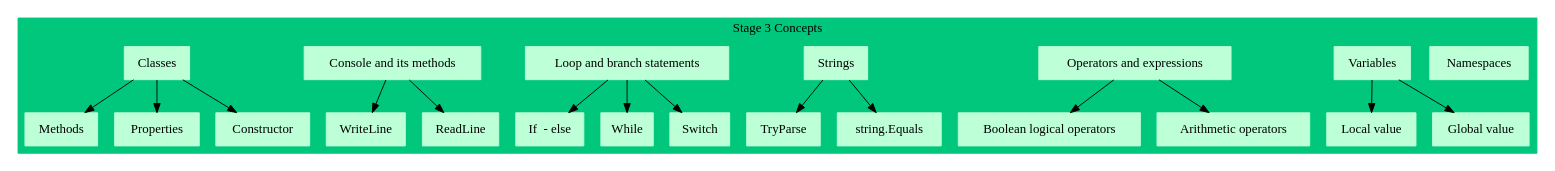
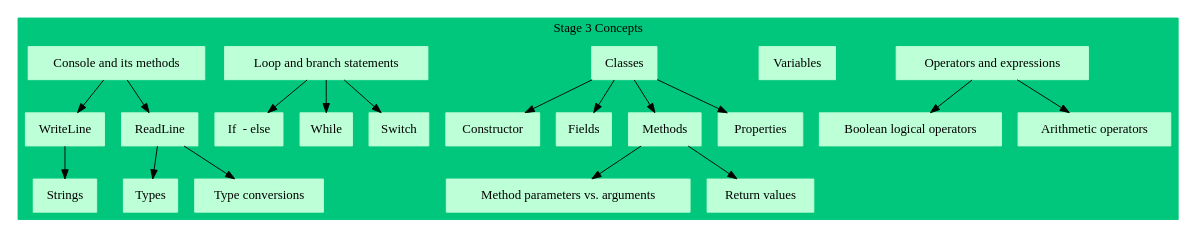
Before and after one commit to WildGums/TrainingProgram: the diagram in modules/CoffeeMachine/Stage 3/ConceptsMapStage3.dot, drawn with Graphviz. The commit also changed 8 other files, not shown here.

```diff
--- a/modules/CoffeeMachine/Stage 3/ConceptsMapStage3.dot
+++ b/modules/CoffeeMachine/Stage 3/ConceptsMapStage3.dot
@@ -1,40 +1,42 @@
 
 digraph ConceptsMap {
 
 	subgraph cluster_0 {
 		style=filled;
 		color="#00c77b";
         
-		node [style = filled color = "#bdffd7" shape = box] Namespaces;
-        node [] Variables;
+		node [style = filled color = "#bdffd7" shape = box];
+        
+		
 		node [] "Operators and expressions";
-		node [] Strings;
+		node [] Variables;
+		node [] Classes;
         node [] "Loop and branch statements";
 		node [] "Console and its methods";
-        node [] Classes;
-
+        
+		Classes -> Constructor;
+		Classes -> Fields;
         Classes -> Methods;
 		Classes -> Properties;
-		Classes -> Constructor;
+		
 
 		"Console and its methods" -> "WriteLine";
 		"Console and its methods" -> "ReadLine";
+		"WriteLine" -> "Strings"
+		"ReadLine" -> "Types"
+		"ReadLine" -> "Type conversions"
 
 		"Loop and branch statements" -> "If  - else"
 		"Loop and branch statements" -> "While";
 		"Loop and branch statements" -> "Switch";
 
 		"Operators and expressions" -> "Boolean logical operators";
 		"Operators and expressions" -> "Arithmetic operators";
+		
+		"Methods" -> "Method parameters vs. arguments";
+		"Methods" -> "Return values";
 
-		Variables -> "Local value";
-		Variables -> "Global value";
-
-		Strings -> TryParse;
-		Strings -> "string.Equals";
-
-		
 		label = "Stage 3 Concepts";
 	}
 
 }
```
